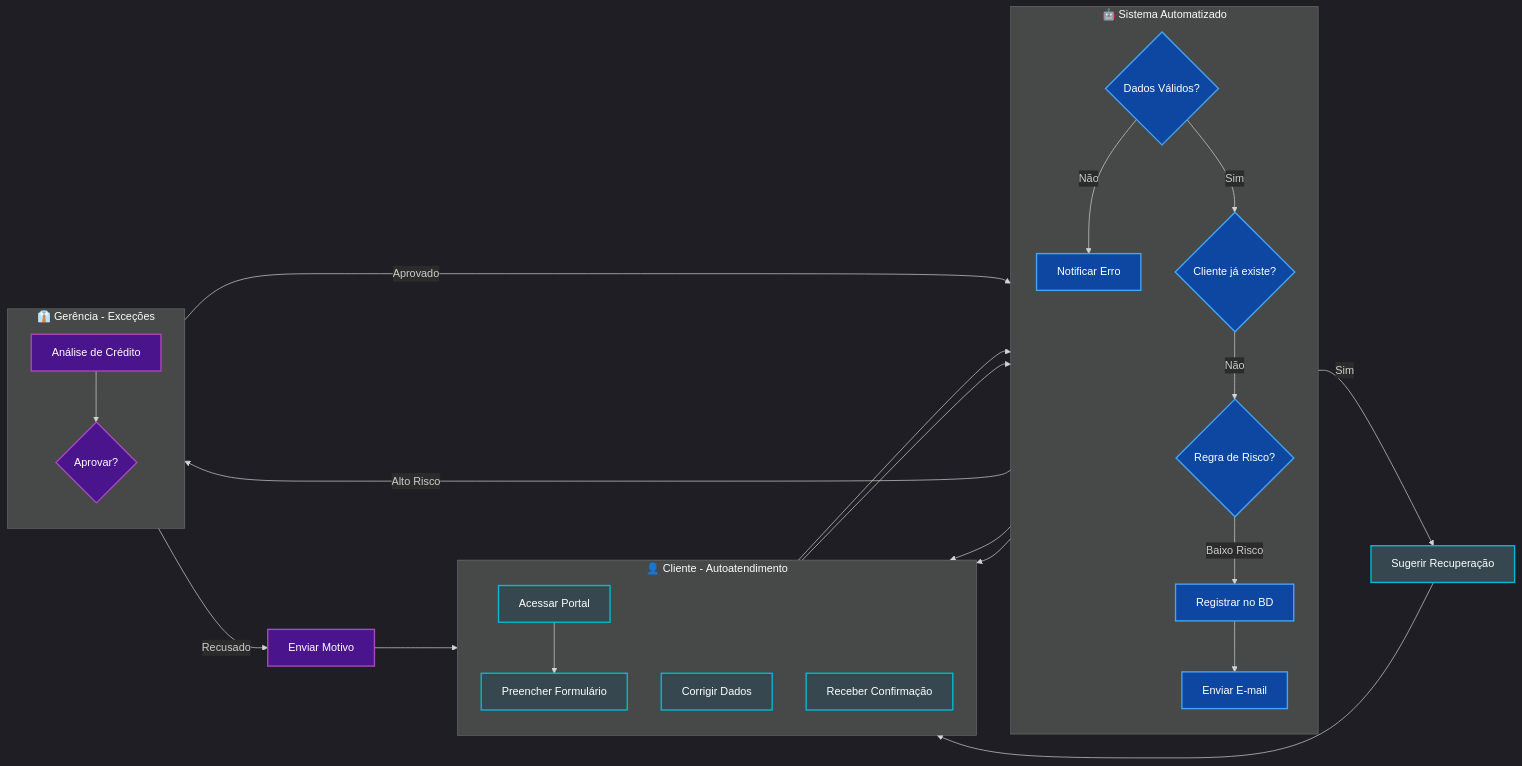
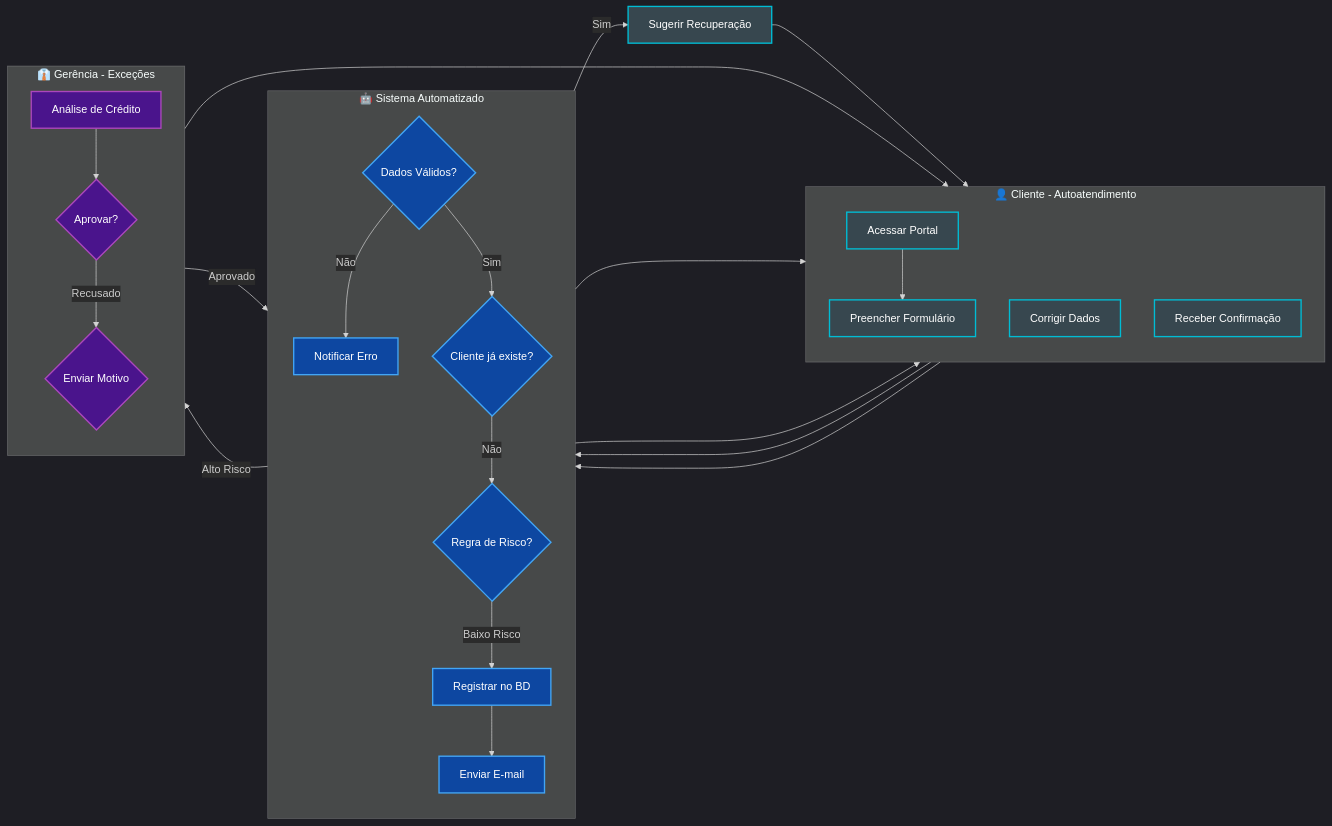
The diagram in BPMN/Cadastro - Livraria Resolve.mmd (PhelHilha/EEL873---Engenharia-de-Software), drawn with Mermaid before and after one commit.

Commit message:
Refactor decision flow for credit analysis

```diff
--- a/BPMN/Cadastro - Livraria Resolve.mmd
+++ b/BPMN/Cadastro - Livraria Resolve.mmd
@@ -1,70 +1,71 @@
 %%{init: {'theme': 'dark', 'themeVariables': { 'primaryColor': '#2b2b2b', 'edgeLabelBackground':'#2b2b2b', 'tertiaryColor': '#1f1f1f'}}}%%
 graph LR
     %% Definição das Raias (Swimlanes) com títulos claros
     subgraph Cliente_Lane [👤 Cliente - Autoatendimento]
         direction TB
         A[Acessar Portal]
         B[Preencher Formulário]
         C[Corrigir Dados]
         D[Receber Confirmação]
     end
 
     subgraph Sistema_Lane [🤖 Sistema Automatizado]
         direction TB
         E{Dados Válidos?}
         F{Cliente já existe?}
         G{Regra de Risco?}
         H[Registrar no BD]
         I[Enviar E-mail]
         J[Notificar Erro]
     end
 
     subgraph Gerencia_Lane [👔 Gerência - Exceções]
         direction TB
         K[Análise de Crédito]
         L{Aprovar?}
+        M{Enviar Motivo}
     end
 
     %% Conexões
     A --> B
     B --> E
     
     %% Validações
     E -- Não --> J
     J --> C
     C --> E
     
     E -- Sim --> F
     F -- Sim --> J2[Sugerir Recuperação]
     J2 --> A
     
     F -- Não --> G
     
     %% Decisão Automática
     G -- Baixo Risco --> H
     G -- Alto Risco --> K
     
     %% Decisão Humana
     K --> L
-    L -- Recusado --> M[Enviar Motivo]
+    L -- Recusado --> M
     M --> C
     L -- Aprovado --> H
     
     %% Finalização
     H --> I
     I --> D
     
     %% ESTILIZAÇÃO DARK MODE (Alto Contraste)
     %% Cliente: Cinza Escuro com borda Ciano
     classDef actor fill:#37474f,stroke:#00bcd4,stroke-width:2px,color:#fff;
     
     %% Sistema: Azul Noturno com borda Azul Claro
     classDef system fill:#0d47a1,stroke:#42a5f5,stroke-width:2px,color:#fff;
     
     %% Gerência: Roxo Escuro com borda Lilás
     classDef manager fill:#4a148c,stroke:#ab47bc,stroke-width:2px,color:#fff;
     
     %% Aplicação das classes
     class A,B,C,D,J2 actor;
     class E,F,G,H,I,J system;
     class K,L,M manager;
```
